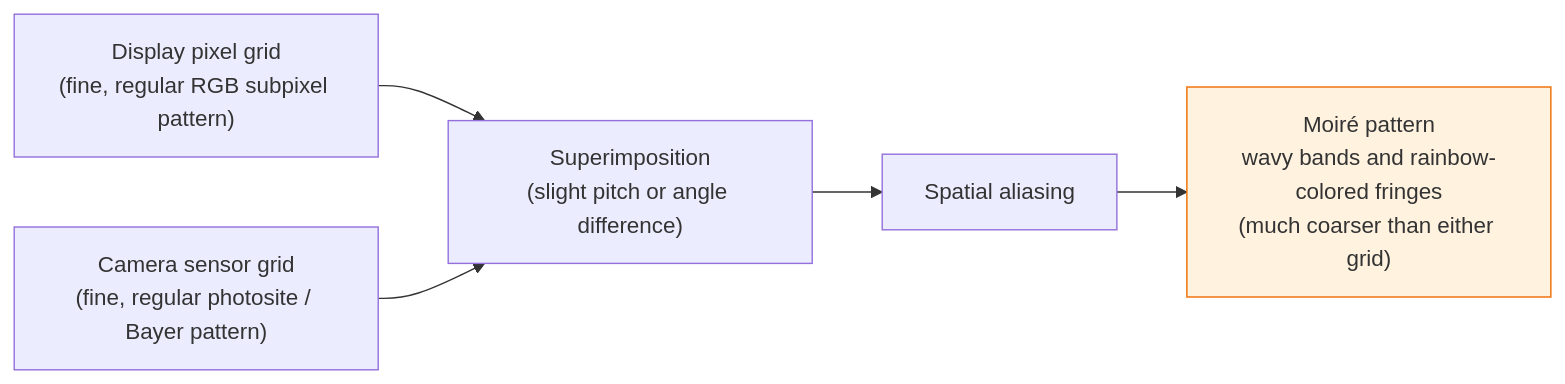
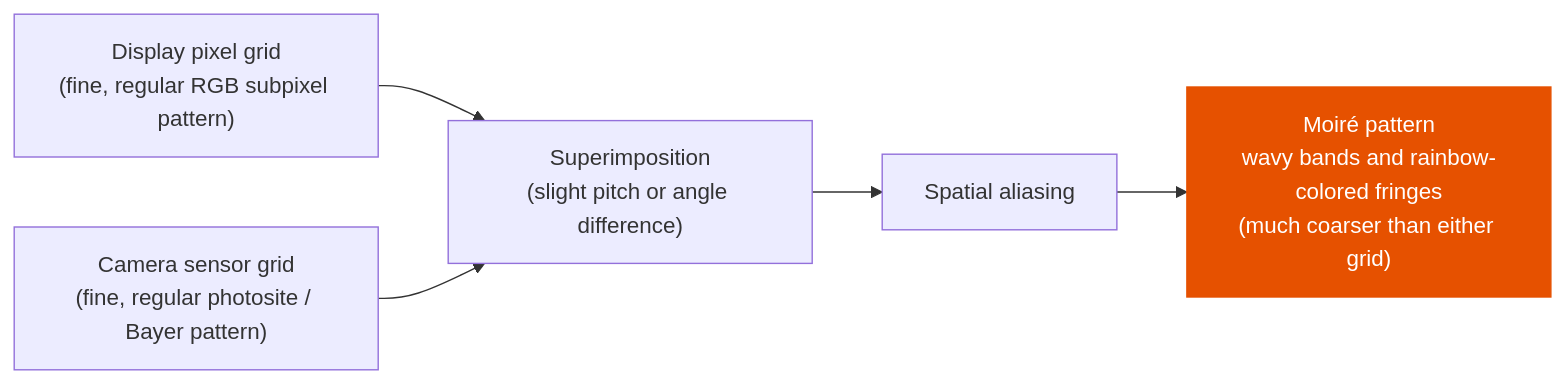
The first of 2 diagrams in README.md (babak-abad/Spatial-Moire-Effect-Detection), drawn with Mermaid before and after one commit. The commit also changed other lines of this file and 6 other files, not shown here.

````diff
--- a/README.md
+++ b/README.md
@@ -29,10 +30,10 @@
 ```mermaid
 flowchart LR
     A["Display pixel grid<br/>(fine, regular RGB subpixel pattern)"]
     B["Camera sensor grid<br/>(fine, regular photosite / Bayer pattern)"]
     A --> C["Superimposition<br/>(slight pitch or angle difference)"]
     B --> C
     C --> D["Spatial aliasing"]
     D --> E["Moiré pattern<br/>wavy bands and rainbow-colored fringes<br/>(much coarser than either grid)"]
-    style E fill:#fff3e0,stroke:#ef6c00
+    style E fill:#e65100,stroke:#e65100,color:#ffffff
 ```
````
